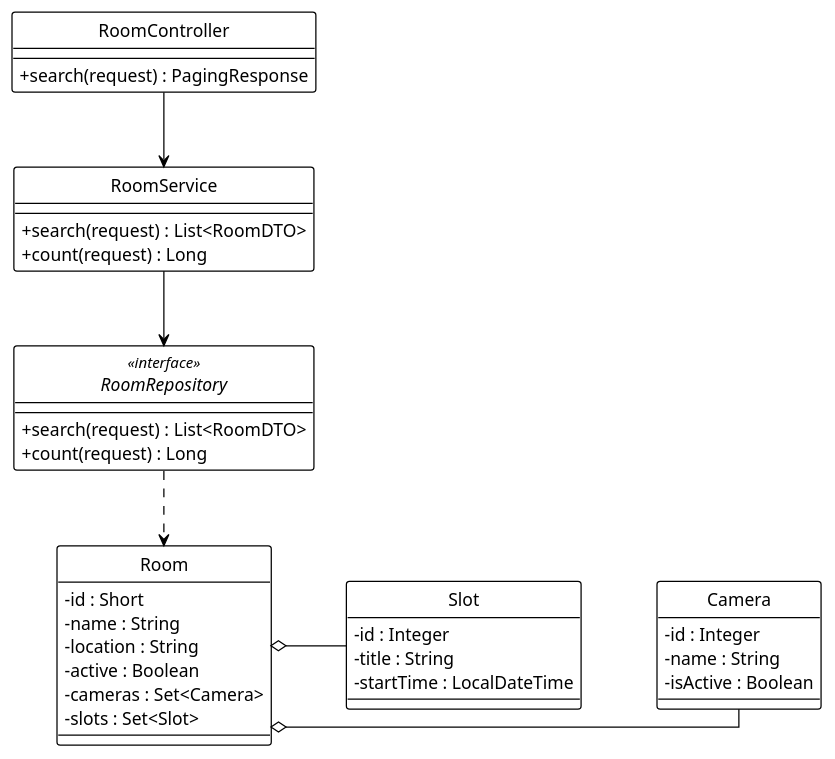
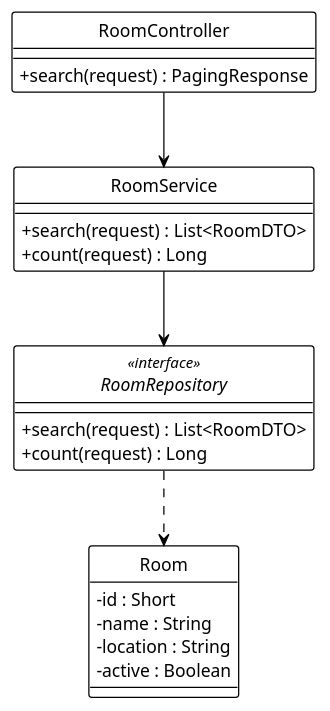
The diagram in system_detailed_design/55_view_list_room/class_diagram_view_list_room.puml (Ndh474/context), drawn with PlantUML before and after one commit. The commit also changed 14 other files, not shown here.

```diff
--- a/system_detailed_design/55_view_list_room/class_diagram_view_list_room.puml
+++ b/system_detailed_design/55_view_list_room/class_diagram_view_list_room.puml
@@ -1,61 +1,43 @@
 @startuml view_list_room
 !theme plain
 hide circle
 skinparam classAttributeIconSize 0
 
 ' --- CẤU HÌNH "ORTHO" (BẮT BUỘC) ---
 skinparam linetype ortho
 skinparam nodesep 60
 skinparam ranksep 60
 
 ' --- CONTROLLER ---
 class RoomController {
   + search(request) : PagingResponse
 }
 
 ' --- SERVICE ---
 class RoomService {
   + search(request) : List<RoomDTO>
   + count(request) : Long
 }
 
 ' --- REPOSITORY ---
 interface RoomRepository <<interface>> {
   + search(request) : List<RoomDTO>
   + count(request) : Long
 }
 
 ' --- ENTITIES ---
 class Room {
   - id : Short
   - name : String
   - location : String
   - active : Boolean
-  - cameras : Set<Camera>
-  - slots : Set<Slot>
-}
-
-class Camera {
-  - id : Integer
-  - name : String
-  - isActive : Boolean
-}
-
-class Slot {
-  - id : Integer
-  - title : String
-  - startTime : LocalDateTime
 }
 
 ' --- DEPENDENCY INJECTION (Association) ---
 RoomController -down-> RoomService
 RoomService -down-> RoomRepository
 
 ' --- REPOSITORY USAGE (Dependency) ---
 RoomRepository .down.> Room
 
-' --- ENTITY RELATIONSHIPS (Aggregation) ---
-Room o-right- Camera
-Room o-right- Slot
-
 @enduml
```
